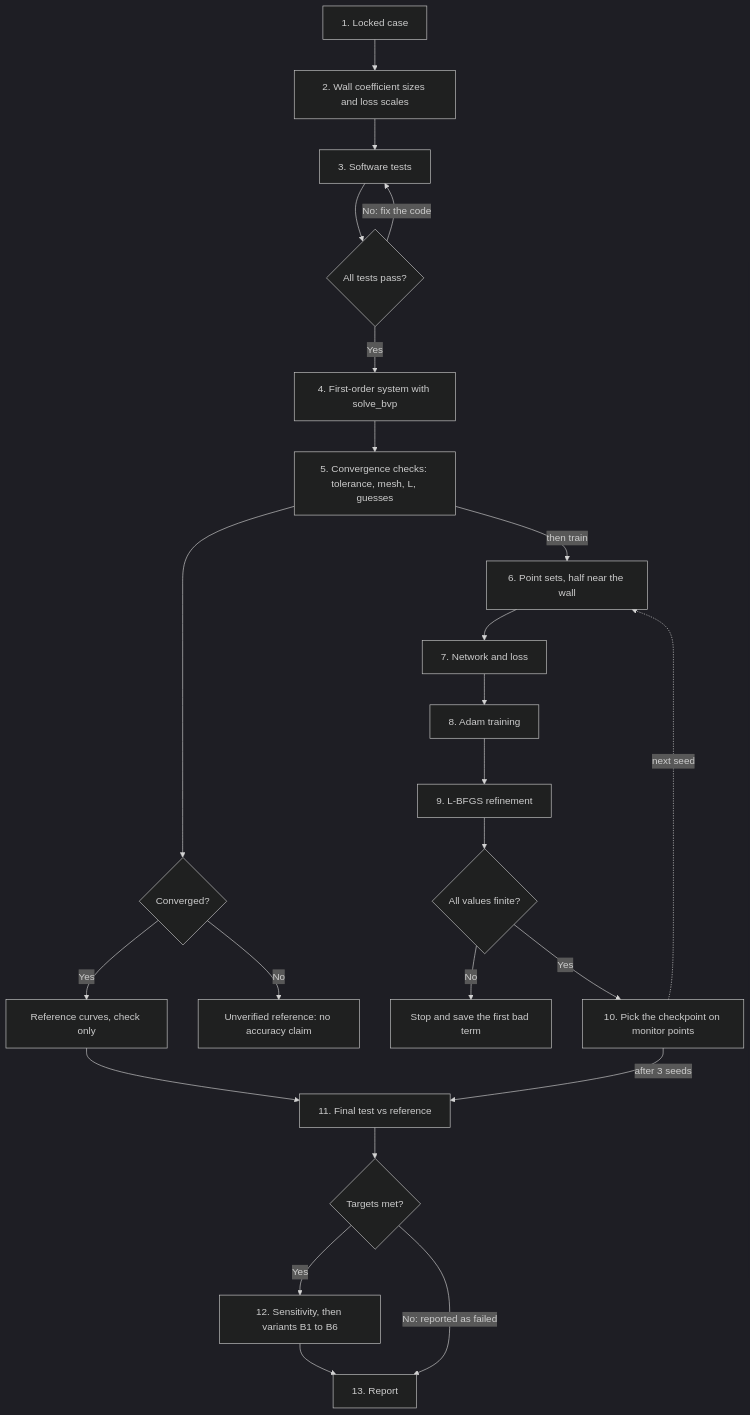
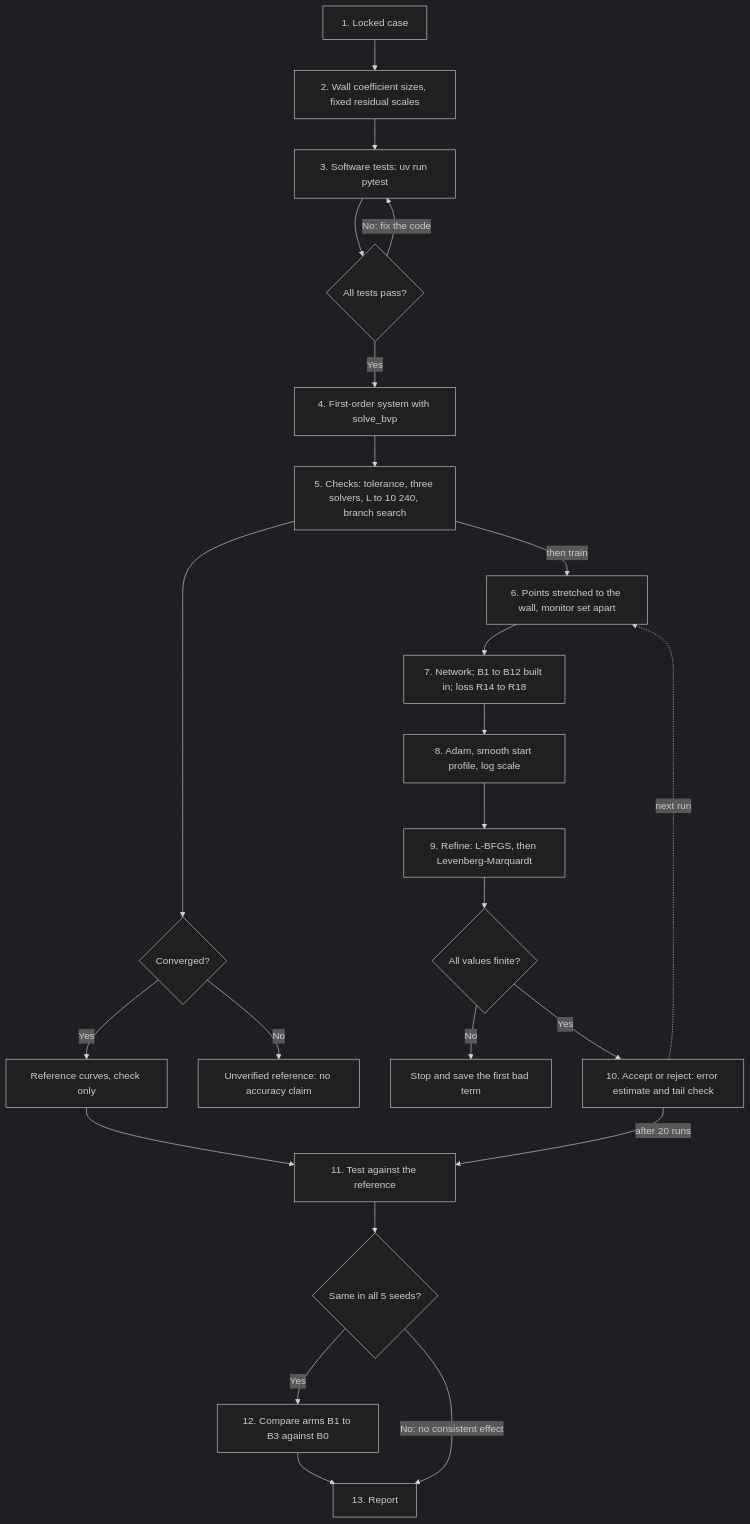
The first of 4 diagrams in docs/methodology/flowcharts.md (ihmorol/bvp-boundary-pinn), drawn with Mermaid (dark theme) before and after one commit. The commit also changed other lines of this file and 105 other files, not shown here.

````diff
--- a/docs/methodology/flowcharts.md
+++ b/docs/methodology/flowcharts.md
@@ -9,26 +9,26 @@
 ```mermaid
 flowchart TD
-  S1[1. Locked case] --> S2[2. Wall coefficient sizes and loss scales]
-  S2 --> S3[3. Software tests]
+  S1[1. Locked case] --> S2[2. Wall coefficient sizes, fixed residual scales]
+  S2 --> S3[3. Software tests: uv run pytest]
   S3 --> T{All tests pass?}
   T -->|No: fix the code| S3
   T -->|Yes| S4[4. First-order system with solve_bvp]
-  S4 --> S5[5. Convergence checks: tolerance, mesh, L, guesses]
+  S4 --> S5[5. Checks: tolerance, three solvers, L to 10 240, branch search]
   S5 --> C{Converged?}
   C -->|Yes| REF[Reference curves, check only]
   C -->|No| UNV[Unverified reference: no accuracy claim]
-  S5 -->|then train| S6[6. Point sets, half near the wall]
-  S6 --> S7[7. Network and loss]
-  S7 --> S8[8. Adam training]
-  S8 --> S9[9. L-BFGS refinement]
+  S5 -->|then train| S6[6. Points stretched to the wall, monitor set apart]
+  S6 --> S7[7. Network; B1 to B12 built in; loss R14 to R18]
+  S7 --> S8[8. Adam, smooth start profile, log scale]
+  S8 --> S9[9. Refine: L-BFGS, then Levenberg-Marquardt]
   S9 --> F{All values finite?}
   F -->|No| STOP[Stop and save the first bad term]
-  F -->|Yes| S10[10. Pick the checkpoint on monitor points]
-  S10 -.->|next seed| S6
-  S10 -->|after 3 seeds| S11[11. Final test vs reference]
+  F -->|Yes| S10[10. Accept or reject: error estimate and tail check]
+  S10 -.->|next run| S6
+  S10 -->|after 20 runs| S11[11. Test against the reference]
   REF --> S11
-  S11 --> A{Targets met?}
-  A -->|Yes| S12[12. Sensitivity, then variants B1 to B6]
+  S11 --> A{Same in all 5 seeds?}
+  A -->|Yes| S12[12. Compare arms B1 to B3 against B0]
   S12 --> S13[13. Report]
-  A -->|No: reported as failed| S13
+  A -->|No: no consistent effect| S13
 ```
````
